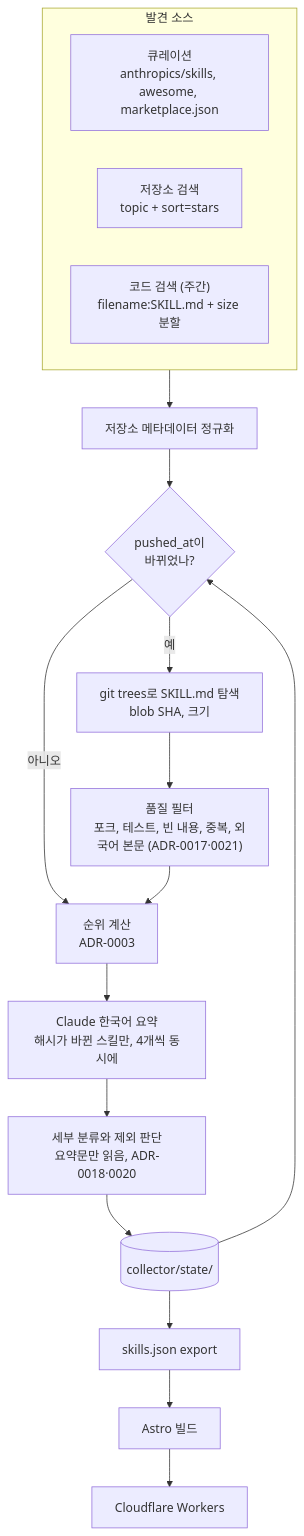
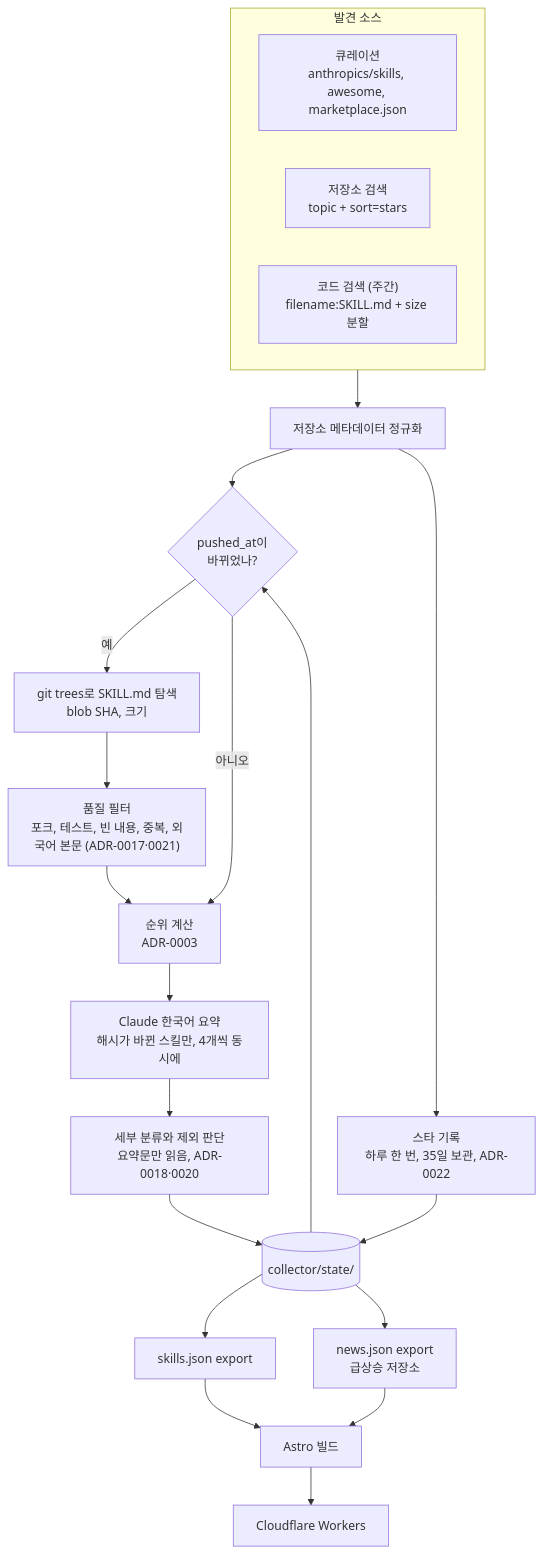
One commit to jhs3104/skillmoa changed the diagram in docs/data-flow.md. Above: the diagram before and after it, drawn with Mermaid. The commit also changed other lines of this file and 12 other files, not shown here.

First line of the commit message:
Record daily repository stars and export rising repositories

````diff
--- a/docs/data-flow.md
+++ b/docs/data-flow.md
@@ -3,22 +3,26 @@
 ```mermaid
 flowchart TD
     subgraph sources["발견 소스"]
         curated["큐레이션<br/>anthropics/skills, awesome, marketplace.json"]
         topics["저장소 검색<br/>topic + sort=stars"]
         code["코드 검색 (주간)<br/>filename:SKILL.md + size 분할"]
     end
     state[("collector/state/")]
     sources --> metadata["저장소 메타데이터 정규화"]
     metadata --> gate{"pushed_at이<br/>바뀌었나?"}
     state --> gate
     gate -- 예 --> tree["git trees로 SKILL.md 탐색<br/>blob SHA, 크기"]
     gate -- 아니오 --> rank
     tree --> filter["품질 필터<br/>포크, 테스트, 빈 내용, 중복, 외국어 본문 (ADR-0017·0021)"]
     filter --> rank["순위 계산<br/>ADR-0003"]
     rank --> summarize["Claude 한국어 요약<br/>해시가 바뀐 스킬만, 4개씩 동시에"]
     summarize --> classify["세부 분류와 제외 판단<br/>요약문만 읽음, ADR-0018·0020"]
     classify --> state
+    metadata --> stars["스타 기록<br/>하루 한 번, 35일 보관, ADR-0022"]
+    stars --> state
     state --> export["skills.json export"]
     export --> site["Astro 빌드"]
+    state --> news["news.json export<br/>급상승 저장소"]
+    news --> site
     site --> workers["Cloudflare Workers"]
 ```
````
